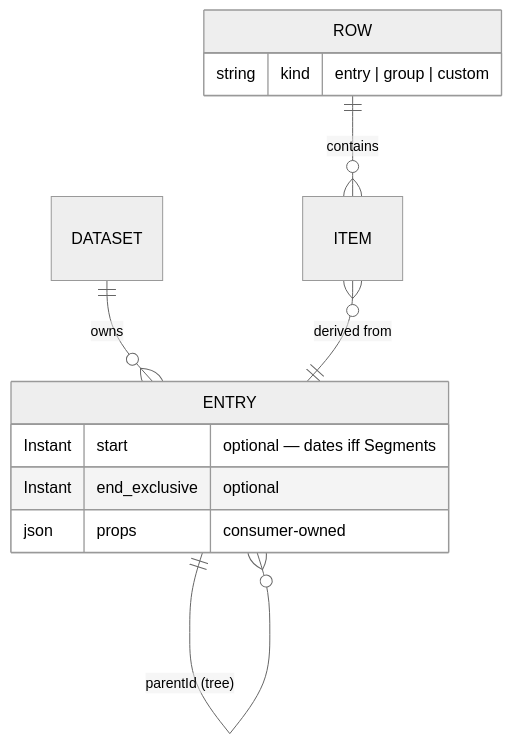
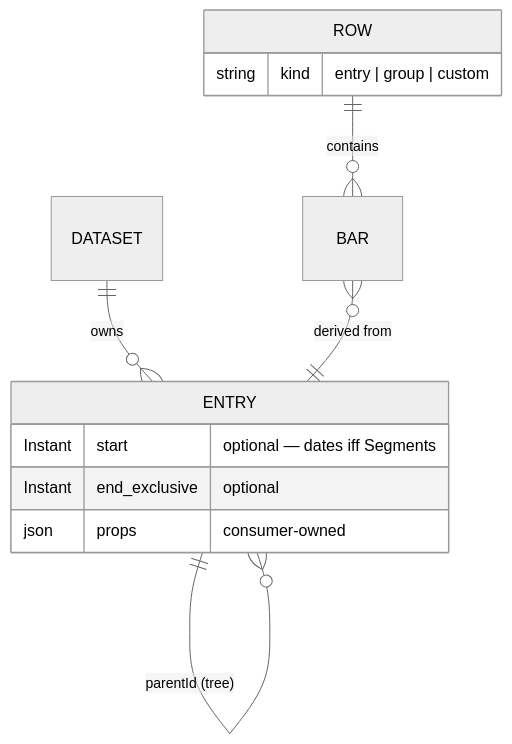
Before and after one commit to freegantt/freegantt: the third of 6 diagrams in plans/01-domain-architecture.md, drawn with Mermaid (neutral theme). The commit also changed other lines of this file and 64 other files, not shown here.

First line of the commit message:
421 C6b: Item becomes Bar everywhere the domain means a drawn bar

````diff
--- a/plans/01-domain-architecture.md
+++ b/plans/01-domain-architecture.md
@@ -188,17 +188,17 @@
 ```mermaid
 erDiagram
   DATASET ||--o{ ENTRY : owns
   ENTRY ||--o{ ENTRY : "parentId (tree)"
 
-  ROW ||--o{ ITEM : contains
-  ITEM }o--|| ENTRY : "derived from"
+  ROW ||--o{ BAR : contains
+  BAR }o--|| ENTRY : "derived from"
 
   ENTRY {
     Instant start "optional — dates iff Segments"
     Instant end_exclusive "optional"
     json props "consumer-owned"
   }
   ROW {
     string kind "entry | group | custom"
   }
 ```
````
